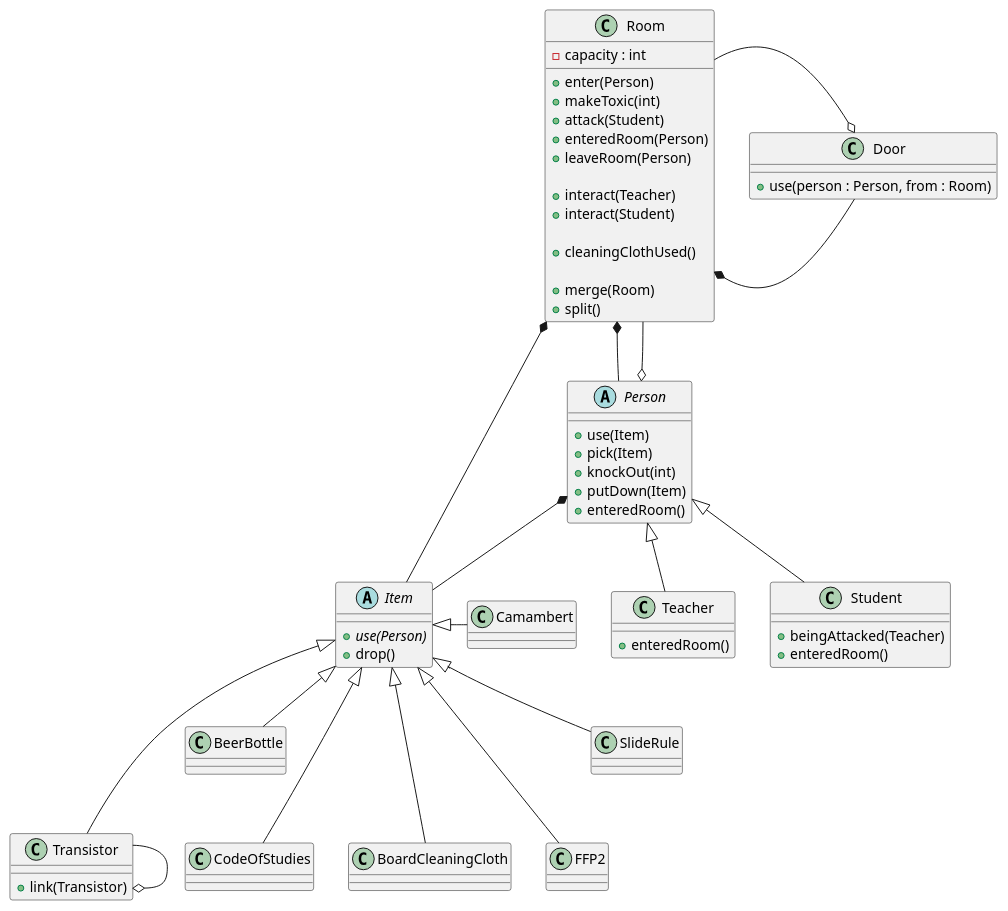
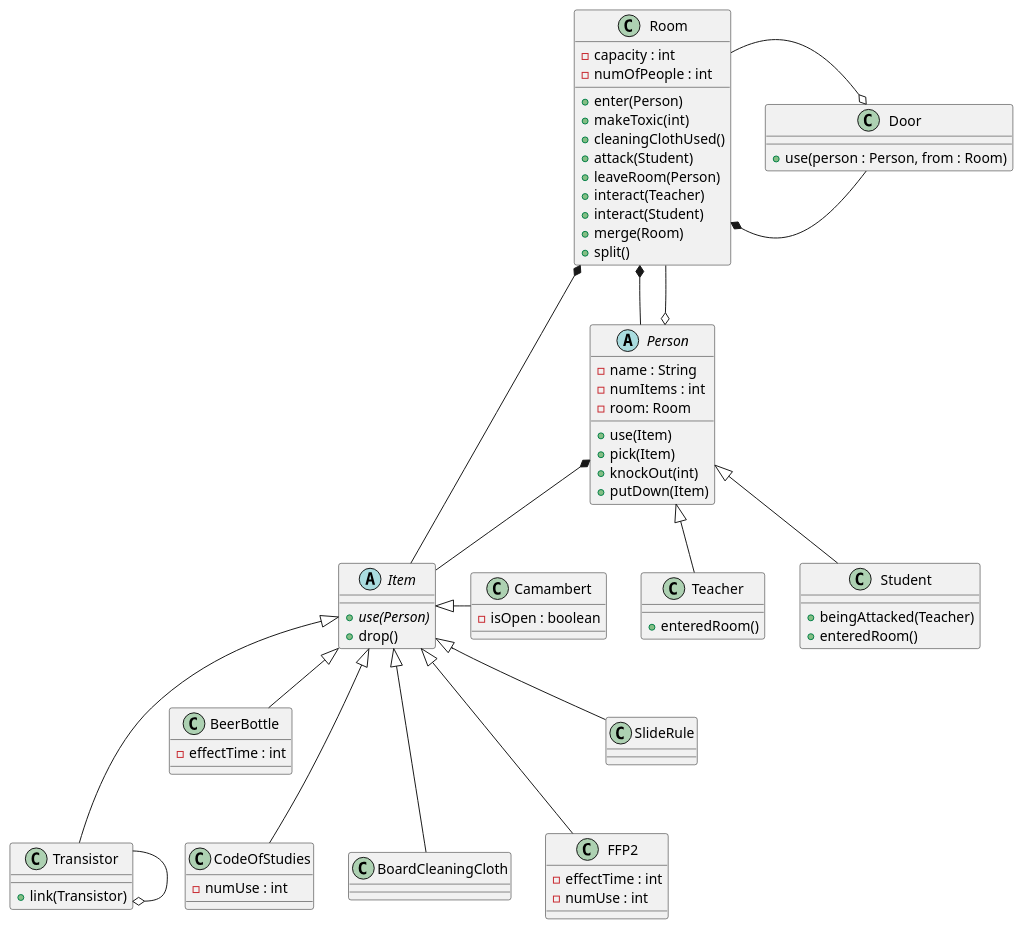
One commit to sn4k3ch4rm3r/logarlec changed the diagram in docs/diagrams/class/static-structure.puml. Above: the diagram before and after it, drawn with PlantUML.

Commit message:
Adding attributes to class diagram

```diff
--- a/docs/diagrams/class/static-structure.puml
+++ b/docs/diagrams/class/static-structure.puml
@@ -1,74 +1,78 @@
 @startuml static-structure
 abstract class Person {
-    +use(Item)
+    -name : String
+    -numItems : int
+    -room: Room
+    +use(Item) 
     +pick(Item)
     +knockOut(int)
     +putDown(Item)
-    +enteredRoom()
 }
 abstract Item {
     {abstract} +use(Person)
     +drop()
 }
 class Room {
     -capacity : int
+    -numOfPeople : int
     +enter(Person)
     +makeToxic(int)
+    +cleaningClothUsed()
     +attack(Student)
-    +enteredRoom(Person)
     +leaveRoom(Person)
-
 	+interact(Teacher)
 	+interact(Student)
-
-    +cleaningClothUsed()
-
     +merge(Room)
     +split()
 }
 class Door {
     +use(person : Person, from : Room)
 }
 class Transistor {
 	+link(Transistor)
 }
 class Camambert {
+    -isOpen : boolean
 }
 class BeerBottle {
+    -effectTime : int
 }
 class CodeOfStudies {
+    -numUse : int
 }
 class BoardCleaningCloth {
 }
 class FFP2 {
+    -effectTime : int
+    -numUse : int
 }
 class SlideRule {
 }
 
 class Teacher {
     +enteredRoom()
 }
 class Student {
     +beingAttacked(Teacher)
     +enteredRoom()
 }
 
  Person <|-- Student
  Person <|-- Teacher
  Room *-- Person
  Room *-- Item
  Room *- Door
  Room -o Door
  Room --o Person
  Transistor --o Transistor
 
  Person *-- Item
  Item <|--- CodeOfStudies
  Item <|-- SlideRule
  Item <|--- Transistor
  Item <|-- BeerBottle
  Item <|--- BoardCleaningCloth
  Item <|--- FFP2
  Item <|- Camambert
 '  Door <|-- Transistor
 @enduml
```
